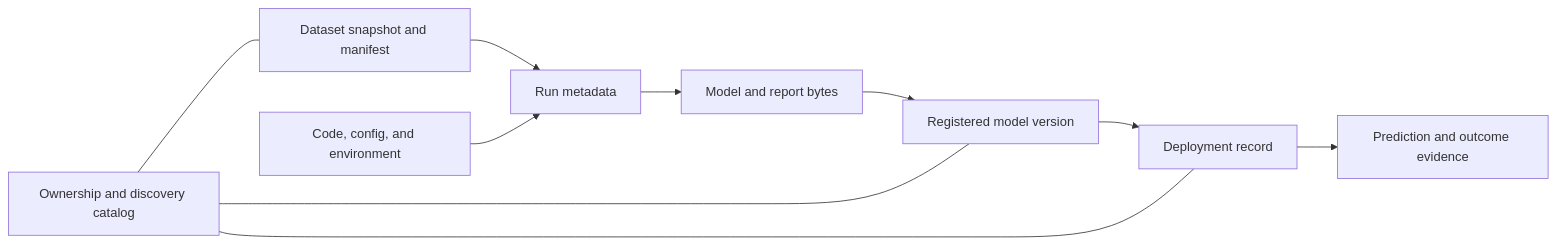
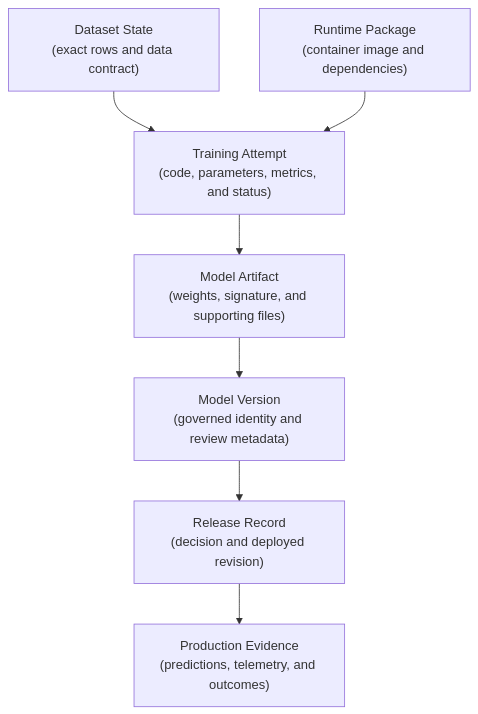
The first of 8 diagrams in roadmaps/mlops/modules/mlops-infrastructure/storage-systems/01-artifact-model-dataset-metadata-stores.md (senlinyy/dev-roadmaps), drawn with Mermaid before and after one commit. The commit also changed other lines of this file and 152 other files, not shown here.

Commit message:
feat: mlops and diagrams updated

````diff
--- a/roadmaps/mlops/modules/mlops-infrastructure/storage-systems/01-artifact-model-dataset-metadata-stores.md
+++ b/roadmaps/mlops/modules/mlops-infrastructure/storage-systems/01-artifact-model-dataset-metadata-stores.md
@@ -54,12 +46,9 @@
 ```mermaid
-flowchart LR
-    Dataset["Dataset snapshot and manifest"] --> Run["Run metadata"]
-    Code["Code, config, and environment"] --> Run
-    Run --> Artifact["Model and report bytes"]
-    Artifact --> Registry["Registered model version"]
-    Registry --> Deployment["Deployment record"]
-    Deployment --> Prediction["Prediction and outcome evidence"]
-    Catalog["Ownership and discovery catalog"] --- Dataset
-    Catalog --- Registry
-    Catalog --- Deployment
+flowchart TD
+    Data["Dataset State<br/>(exact rows and data contract)"] --> Run["Training Attempt<br/>(code, parameters, metrics, and status)"]
+    Runtime["Runtime Package<br/>(container image and dependencies)"] --> Run
+    Run --> Model["Model Artifact<br/>(weights, signature, and supporting files)"]
+    Model --> Registry["Model Version<br/>(governed identity and review metadata)"]
+    Registry --> Release["Release Record<br/>(decision and deployed revision)"]
+    Release --> Evidence["Production Evidence<br/>(predictions, telemetry, and outcomes)"]
 ```
````
